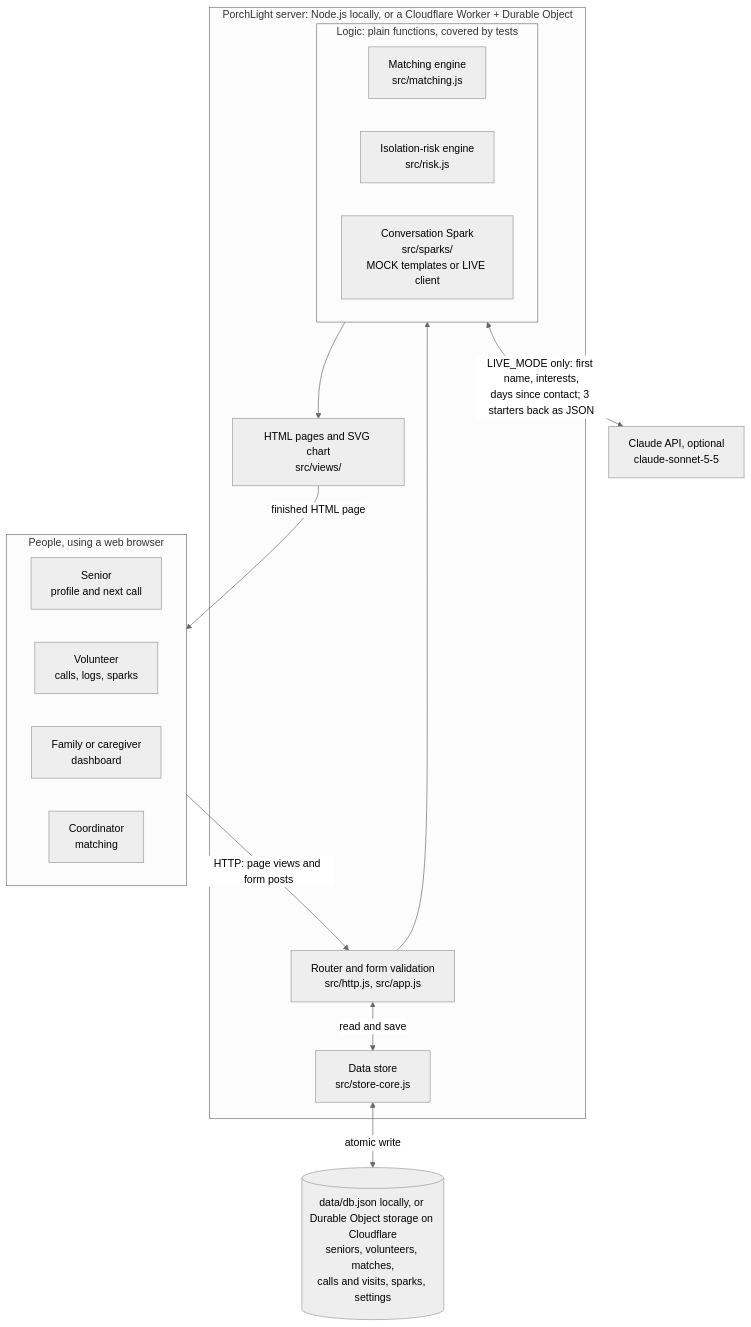
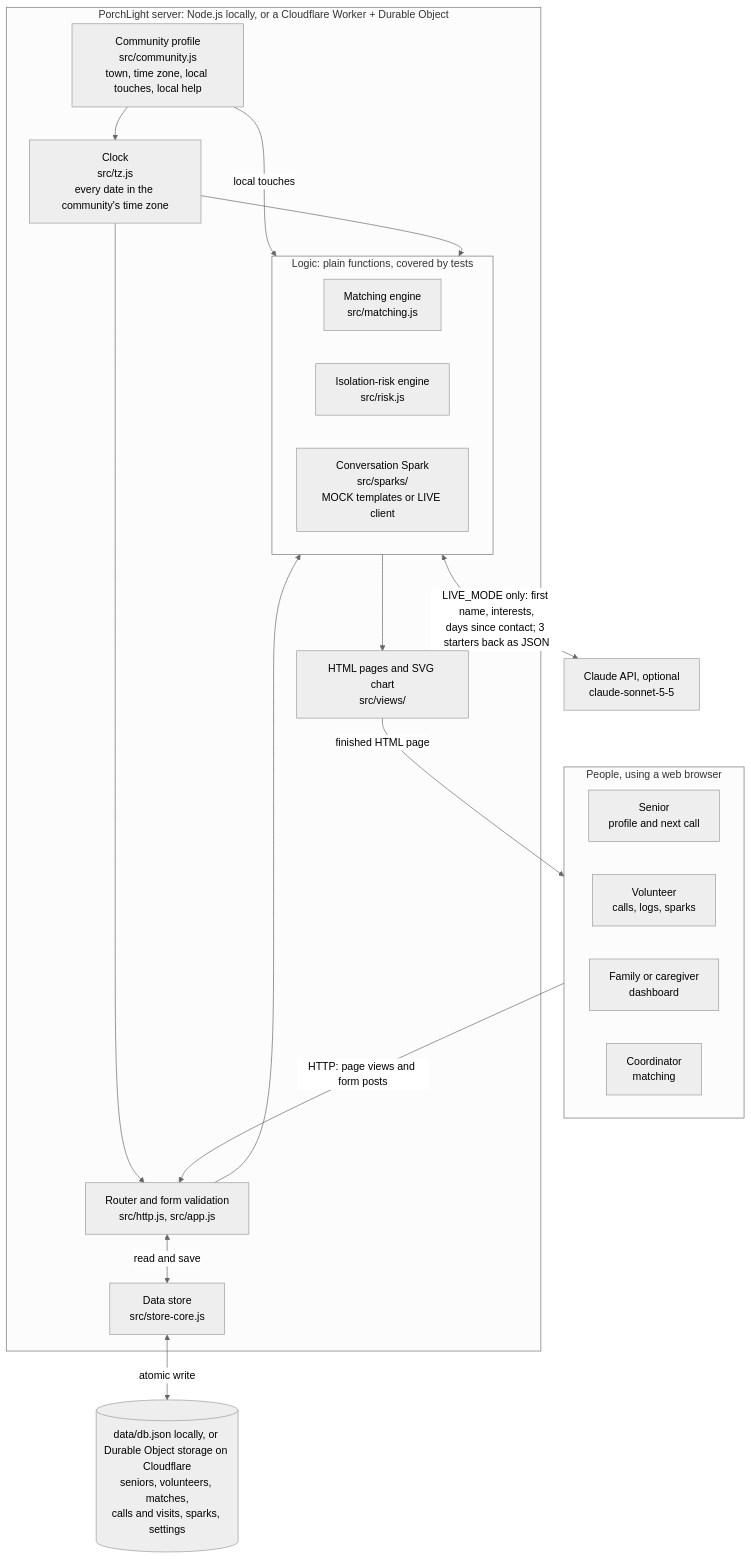
Before and after one commit to CyberCoder-bit/PorchLight: the first of 5 diagrams in docs/architecture-diagram.md, drawn with Mermaid (neutral theme). The commit also changed other lines of this file and 3 other files, not shown here.

````diff
--- a/docs/architecture-diagram.md
+++ b/docs/architecture-diagram.md
@@ -7,33 +7,40 @@
 ```mermaid
 flowchart TB
   subgraph People["People, using a web browser"]
     direction LR
     SEN["Senior<br/>profile and next call"]
     VOL["Volunteer<br/>calls, logs, sparks"]
     FAM["Family or caregiver<br/>dashboard"]
     COO["Coordinator<br/>matching"]
   end
 
   subgraph Server["PorchLight server: Node.js locally, or a Cloudflare Worker + Durable Object"]
     ROUTER["Router and form validation<br/>src/http.js, src/app.js"]
     subgraph Engines["Logic: plain functions, covered by tests"]
       direction LR
       MATCH["Matching engine<br/>src/matching.js"]
       RISK["Isolation-risk engine<br/>src/risk.js"]
       SPARK["Conversation Spark<br/>src/sparks/<br/>MOCK templates or LIVE client"]
     end
     VIEWS["HTML pages and SVG chart<br/>src/views/"]
     STORE["Data store<br/>src/store-core.js"]
+    COMM["Community profile<br/>src/community.js<br/>town, time zone, local touches, local help"]
+    TZ["Clock<br/>src/tz.js<br/>every date in the community's time zone"]
   end
 
   DB[("data/db.json locally, or Durable Object storage on Cloudflare<br/>seniors, volunteers, matches,<br/>calls and visits, sparks, settings")]
   CLAUDE["Claude API, optional<br/>claude-sonnet-5-5"]
 
   People -->|"HTTP: page views and form posts"| ROUTER
   ROUTER --> Engines
   Engines --> VIEWS
   VIEWS -->|"finished HTML page"| People
   ROUTER <-->|"read and save"| STORE
   STORE <-->|"atomic write"| DB
   SPARK <-->|"LIVE_MODE only: first name, interests,<br/>days since contact; 3 starters back as JSON"| CLAUDE
+  COMM --> TZ
+  TZ --> ROUTER
+  TZ --> Engines
+  %% VERIFY AFTER MERGE: sparks read local touches from the community profile
+  COMM -->|"local touches"| SPARK
 ```
````
